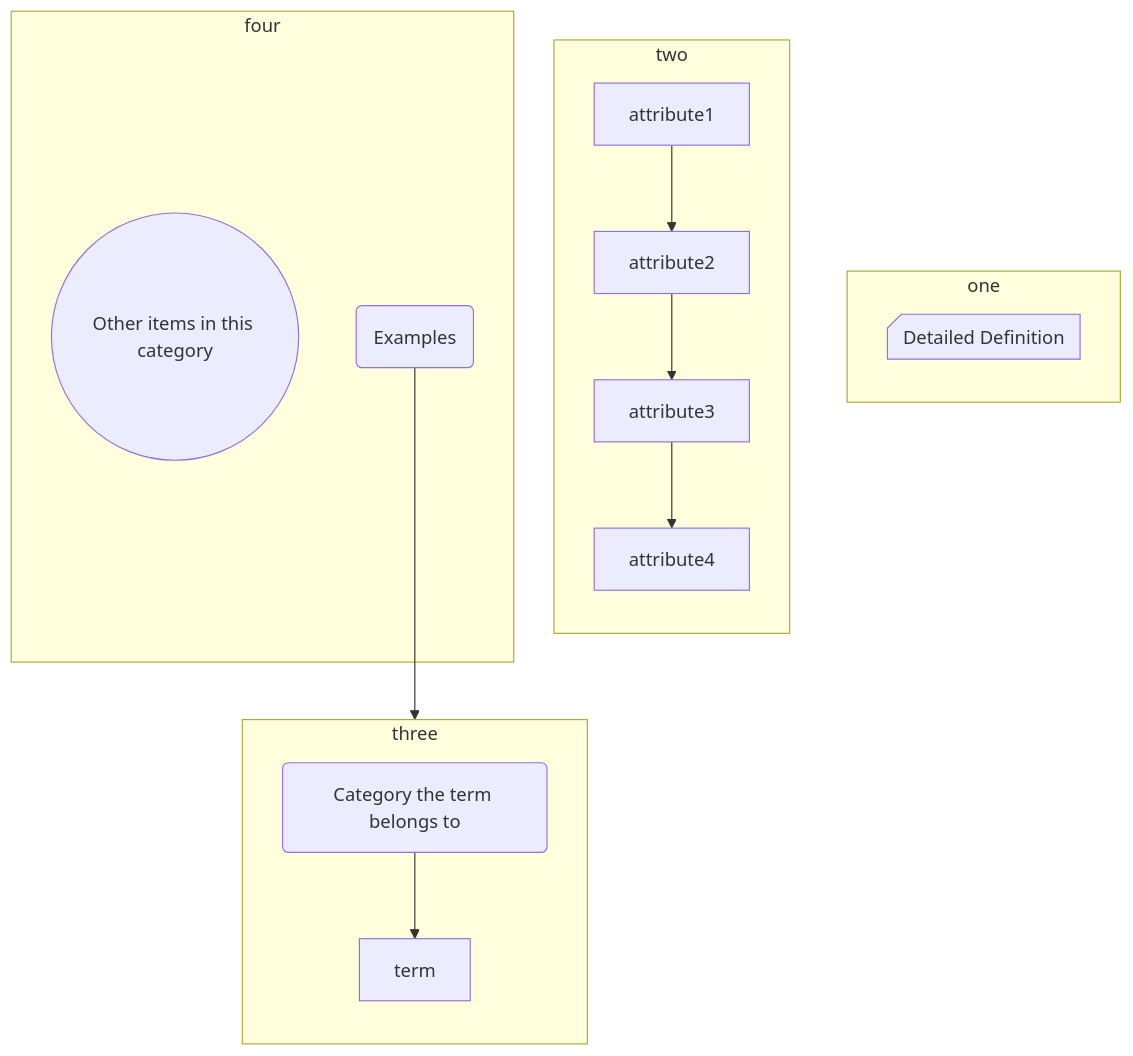
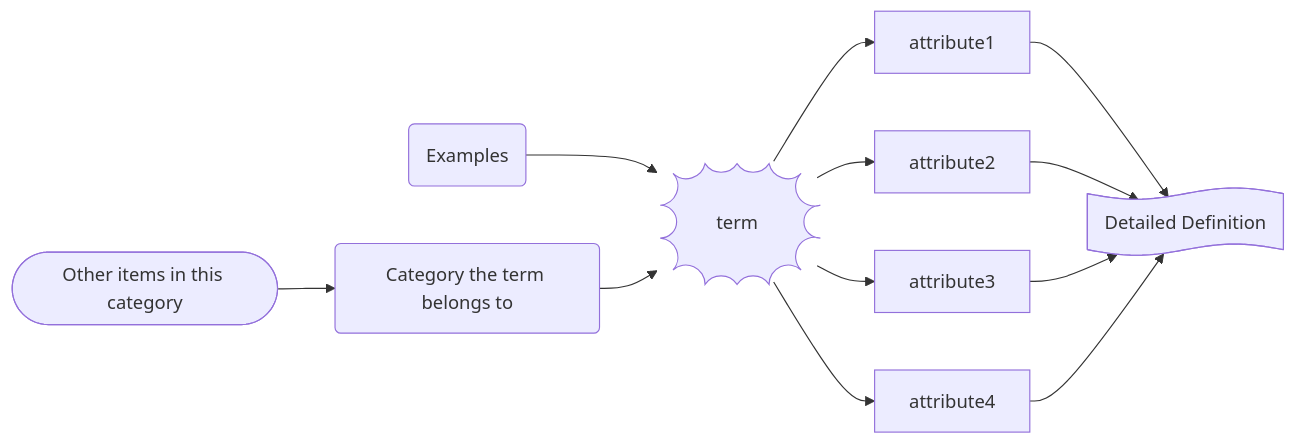
One commit to gerbssusd/dok changed the diagram in slides.md. Above: the diagram before and after it, drawn with Mermaid. The commit also changed other lines of this file, not shown here.

````diff
--- a/slides.md
+++ b/slides.md
@@ -210,29 +210,13 @@
 ```mermaid
-flowchart TB
-    subgraph one 
-     direction TB
-     a1@{ shape: card, label: Detailed Definition}
-     end
-    subgraph two
-     direction TB
-     d1[attribute1] -->
-     d2[attribute2] -->
-     d3[attribute3] -->
-     d4[attribute4] 
-     end
-    subgraph three
-      direction TB
-        b1(Category the term belongs to) -->
-        b2[term]
-        end
-    subgraph four
-        e1((Other items in this category))
-        e2(Examples) -->b2
-        end
 
-
-
-
-
-
+flowchart LR
+  e1([Other items in this category])-->b1
+  E2(Examples)-->b2
+  b1(Category the term belongs to) -->
+      b2@{shape: bang, label: term}
+     b2 -->d1@{shape: rect, label: attribute1} -->a1
+     b2 -->d2[attribute2] -->a1 
+     b2 -->d3[attribute3] -->a1 
+     b2 -->d4[attribute4] -->a1
+     a1@{ shape: flag, label: Detailed Definition}
 ```
````
